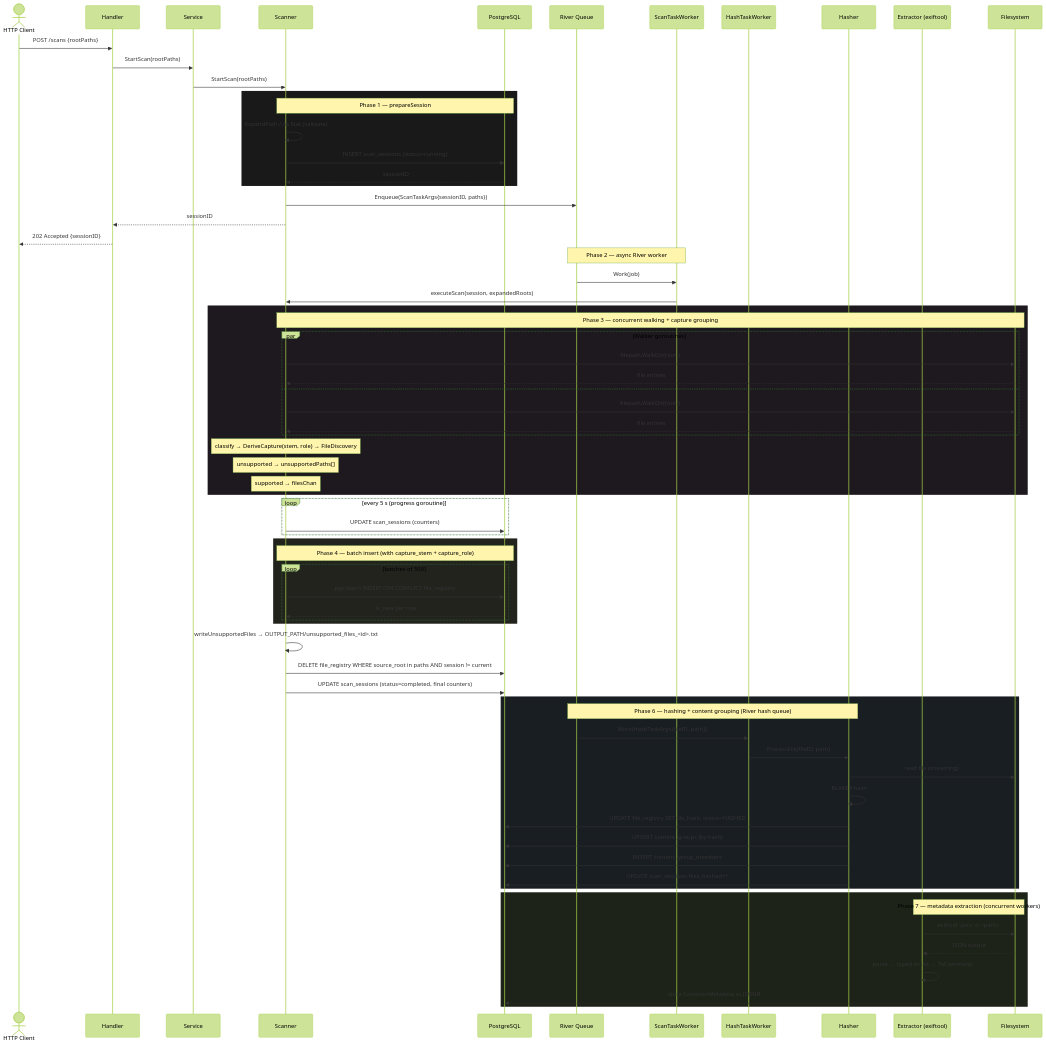
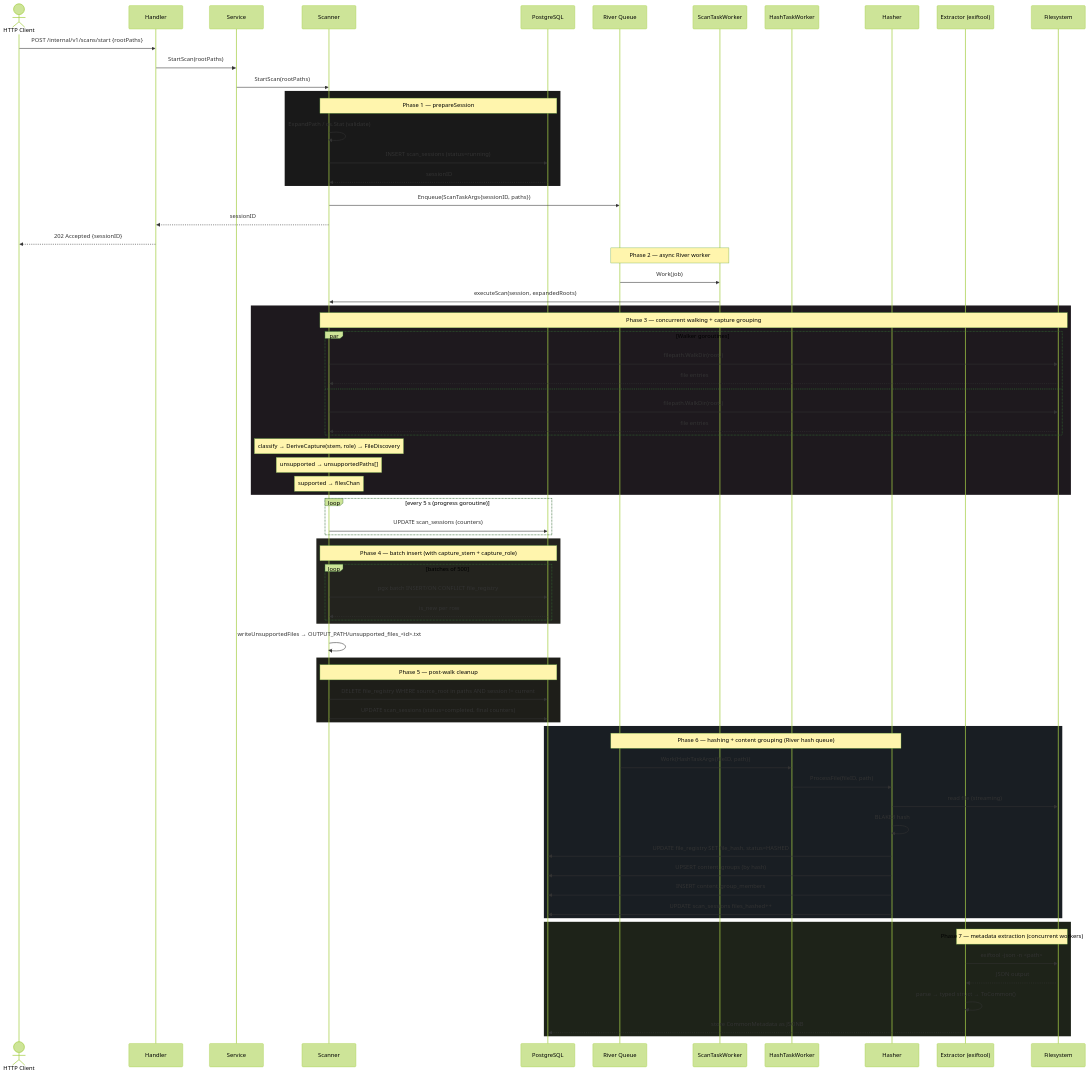
Before and after one commit to jammutkarsh/wandersort: the first of 2 diagrams in pkg/core/README.md, drawn with Mermaid (forest theme). The commit also changed other lines of this file and 30 other files, not shown here.

```diff
--- a/pkg/core/README.md
+++ b/pkg/core/README.md
@@ -125,7 +125,7 @@
     participant Ex as Extractor (exiftool)
     participant FS as Filesystem
 
-    Client->>H: POST /scans {rootPaths}
+    Client->>H: POST /internal/v1/scans/start {rootPaths}
     H->>Svc: StartScan(rootPaths)
     Svc->>Sc: StartScan(rootPaths)
 
@@ -172,8 +172,12 @@
     end
 
     Sc->>Sc: writeUnsupportedFiles → OUTPUT_PATH/unsupported_files_<id>.txt
-    Sc->>DB: DELETE file_registry WHERE source_root in paths AND session != current
-    Sc->>DB: UPDATE scan_sessions (status=completed, final counters)
+
+    rect rgb(30,30,25)
+        note over Sc,DB: Phase 5 — post-walk cleanup
+        Sc->>DB: DELETE file_registry WHERE source_root in paths AND session != current
+        Sc->>DB: UPDATE scan_sessions (status=completed, final counters)
+    end
 
     rect rgb(25,30,35)
         note over Q,Ha: Phase 6 — hashing + content grouping (River hash queue)
```
